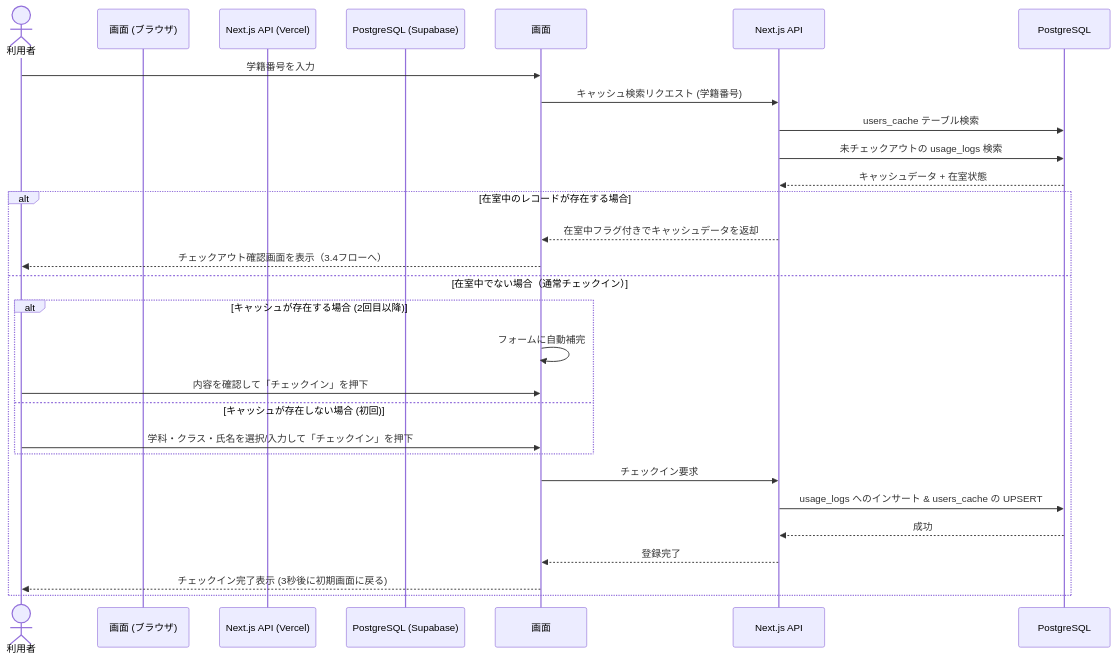
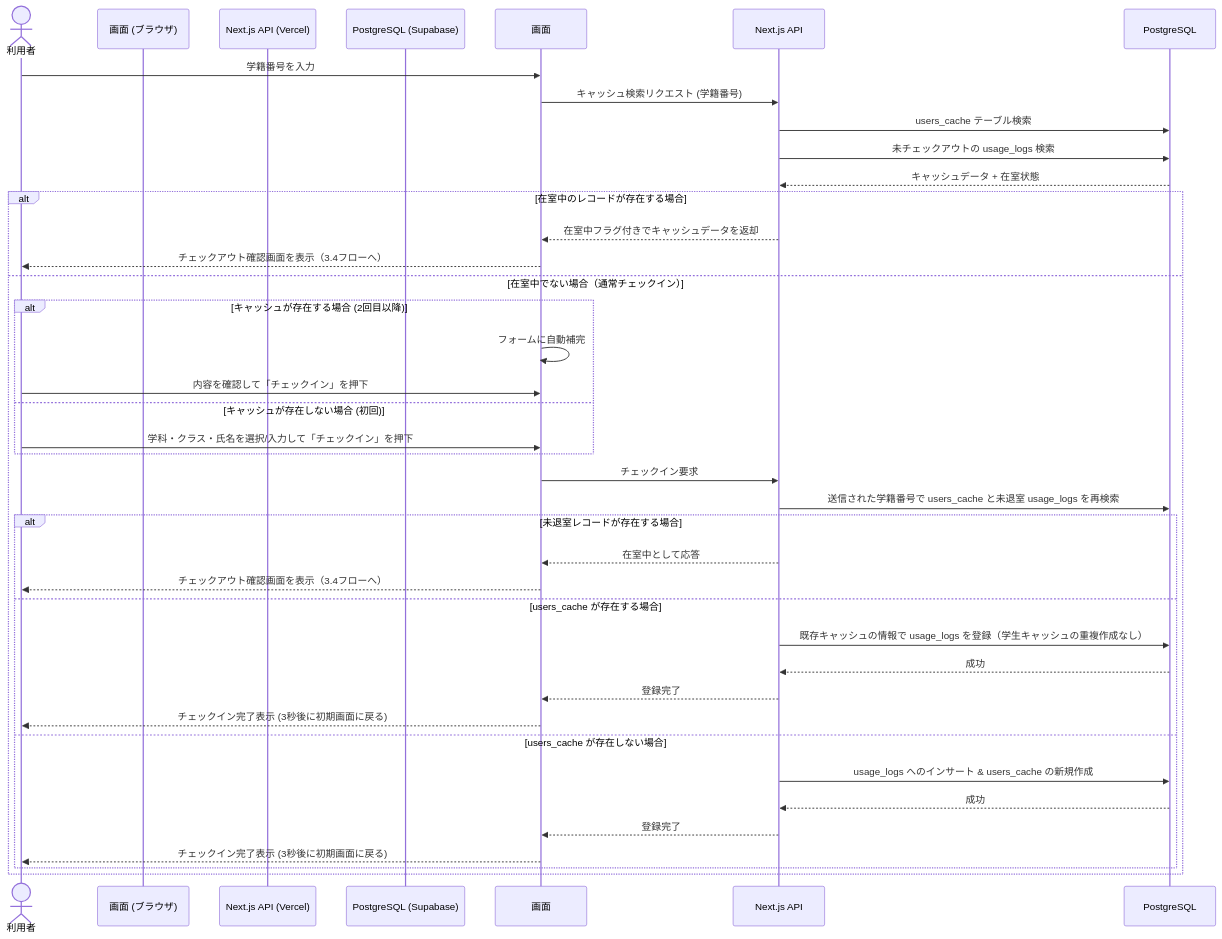
One commit to tachiyu1931-code/gym-reservation changed the first of 5 diagrams in doc/基本設計書.md. Above: the diagram before and after it, drawn with Mermaid. The commit also changed other lines of this file and 6 other files, not shown here.

````diff
--- a/doc/基本設計書.md
+++ b/doc/基本設計書.md
@@ -39,30 +41,41 @@
 ```mermaid
 sequenceDiagram
     actor 利用者
     participant 画面 (ブラウザ)
     participant Next.js API (Vercel)
     participant PostgreSQL (Supabase)
 
     利用者->>画面: 学籍番号を入力
     画面->>Next.js API: キャッシュ検索リクエスト (学籍番号)
     Next.js API->>PostgreSQL: users_cache テーブル検索
     Next.js API->>PostgreSQL: 未チェックアウトの usage_logs 検索
     PostgreSQL-->>Next.js API: キャッシュデータ + 在室状態
 
     alt 在室中のレコードが存在する場合
         Next.js API-->>画面: 在室中フラグ付きでキャッシュデータを返却
         画面-->>利用者: チェックアウト確認画面を表示（3.4フローへ）
     else 在室中でない場合（通常チェックイン）
         alt キャッシュが存在する場合 (2回目以降)
             画面->>画面: フォームに自動補完
             利用者->>画面: 内容を確認して「チェックイン」を押下
         else キャッシュが存在しない場合 (初回)
             利用者->>画面: 学科・クラス・氏名を選択/入力して「チェックイン」を押下
         end
         画面->>Next.js API: チェックイン要求
-        Next.js API->>PostgreSQL: usage_logs へのインサート & users_cache の UPSERT
-        PostgreSQL-->>Next.js API: 成功
-        Next.js API-->>画面: 登録完了
-        画面-->>利用者: チェックイン完了表示 (3秒後に初期画面に戻る)
+        Next.js API->>PostgreSQL: 送信された学籍番号で users_cache と未退室 usage_logs を再検索
+        alt 未退室レコードが存在する場合
+            Next.js API-->>画面: 在室中として応答
+            画面-->>利用者: チェックアウト確認画面を表示（3.4フローへ）
+        else users_cache が存在する場合
+            Next.js API->>PostgreSQL: 既存キャッシュの情報で usage_logs を登録（学生キャッシュの重複作成なし）
+            PostgreSQL-->>Next.js API: 成功
+            Next.js API-->>画面: 登録完了
+            画面-->>利用者: チェックイン完了表示 (3秒後に初期画面に戻る)
+        else users_cache が存在しない場合
+            Next.js API->>PostgreSQL: usage_logs へのインサート & users_cache の新規作成
+            PostgreSQL-->>Next.js API: 成功
+            Next.js API-->>画面: 登録完了
+            画面-->>利用者: チェックイン完了表示 (3秒後に初期画面に戻る)
+        end
     end
 ```
````
